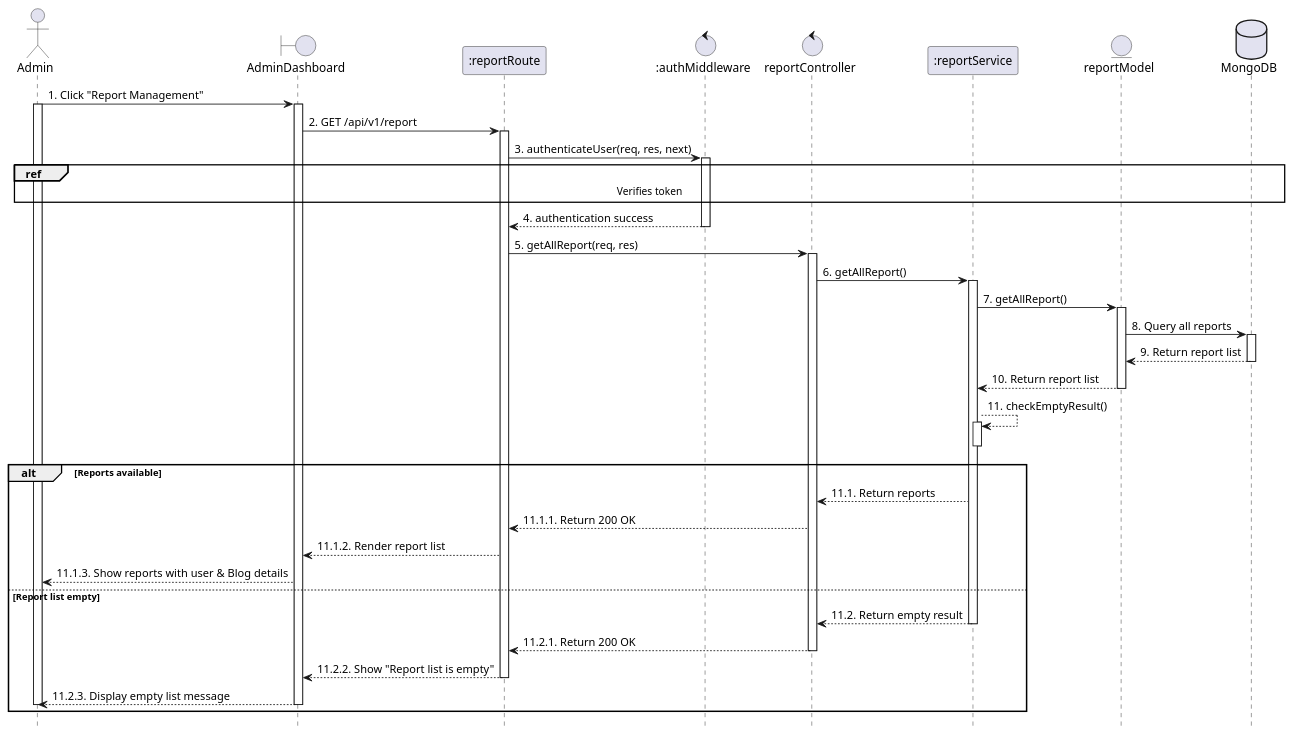
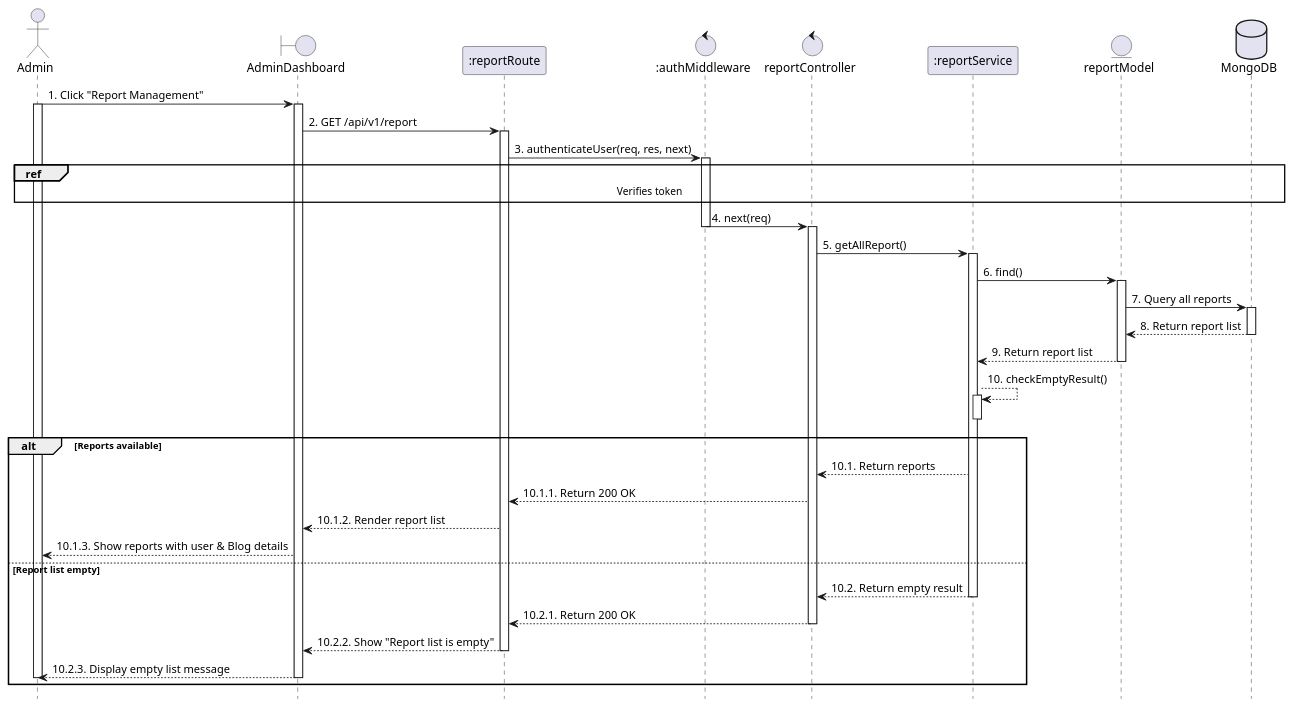
One commit to VietDurian/VietDurian changed the diagram in planuml/web/19.2_viewReport.puml. Above: the diagram before and after it, drawn with PlantUML. The commit also changed 18 other files, not shown here.

```diff
--- a/planuml/web/19.2_viewReport.puml
+++ b/planuml/web/19.2_viewReport.puml
@@ -1,62 +1,61 @@
 @startuml ViewReportList
 
 actor Admin
 boundary "AdminDashboard" as View
 participant ":reportRoute" as Route
 control ":authMiddleware" as Auth
 control "reportController" as Controller 
 participant ":reportService" as Service 
 entity "reportModel" as Model 
 database "MongoDB" as MongoDB 
 hide footbox
 
 Admin -> View: 1. Click "Report Management"
 activate Admin
 activate View
 
 View -> Route: 2. GET /api/v1/report
 activate Route
 
 Route -> Auth: 3. authenticateUser(req, res, next)
 activate Auth
 ref over Admin, MongoDB : Verifies token
 
-Auth --> Route: 4. authentication success
+
+Auth -> Controller: 4. next(req)
 deactivate Auth
-
-Route -> Controller: 5. getAllReport(req, res)
 activate Controller
 
-Controller -> Service: 6. getAllReport()
+Controller -> Service: 5. getAllReport()
 activate Service
 
-Service -> Model: 7. getAllReport()
+Service -> Model: 6. find()
 activate Model
-Model -> MongoDB: 8. Query all reports
+Model -> MongoDB: 7. Query all reports
 activate MongoDB
-MongoDB --> Model: 9. Return report list
+MongoDB --> Model: 8. Return report list
 deactivate MongoDB
-Model --> Service: 10. Return report list
+Model --> Service: 9. Return report list
 deactivate Model
 
-Service --> Service: 11. checkEmptyResult()
+Service --> Service: 10. checkEmptyResult()
 activate Service
 deactivate Service
 
 alt Reports available
-    Service --> Controller: 11.1. Return reports
-    Controller --> Route: 11.1.1. Return 200 OK 
-    Route --> View: 11.1.2. Render report list
-    View --> Admin: 11.1.3. Show reports with user & Blog details
+    Service --> Controller: 10.1. Return reports
+    Controller --> Route: 10.1.1. Return 200 OK 
+    Route --> View: 10.1.2. Render report list
+    View --> Admin: 10.1.3. Show reports with user & Blog details
 else Report list empty
-    Service --> Controller: 11.2. Return empty result
+    Service --> Controller: 10.2. Return empty result
     deactivate Service
-    Controller --> Route: 11.2.1. Return 200 OK 
+    Controller --> Route: 10.2.1. Return 200 OK 
     deactivate Controller
-    Route --> View: 11.2.2. Show "Report list is empty"
+    Route --> View: 10.2.2. Show "Report list is empty"
     deactivate Route
-    View --> Admin: 11.2.3. Display empty list message
+    View --> Admin: 10.2.3. Display empty list message
     deactivate View
     deactivate Admin
 end
 @enduml
```
